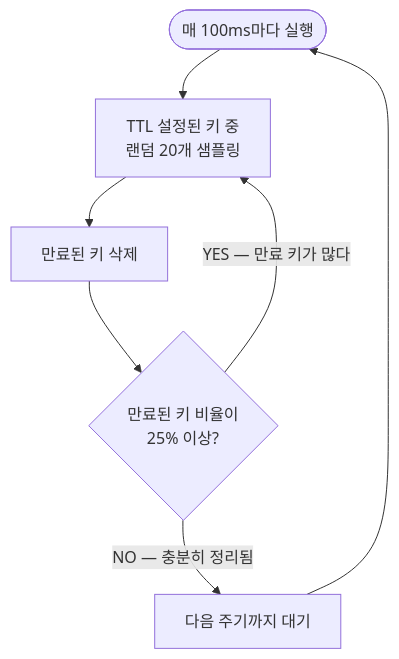
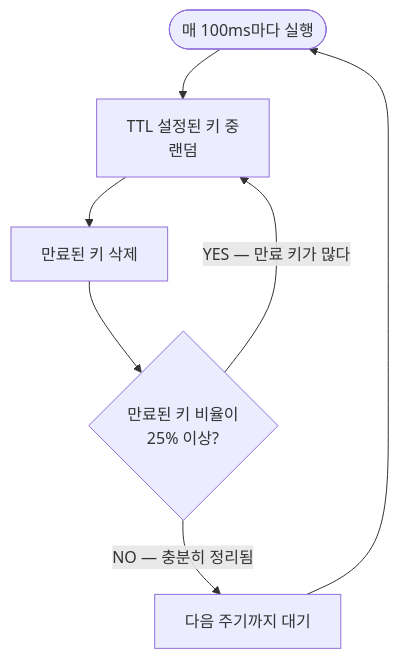
The second of 3 diagrams in _posts/redis/2026-05-01-redis-ttl.md (yjkim2015/yjkim2015.github.io), drawn with Mermaid before and after one commit. The commit also changed other lines of this file and 271 other files, not shown here.

First line of the commit message:
Mermaid 라벨 축소: 긴 노드 텍스트 18자 이하로 트림 + \n 제거

````diff
--- a/_posts/redis/2026-05-01-redis-ttl.md
+++ b/_posts/redis/2026-05-01-redis-ttl.md
@@ -71,9 +71,9 @@
 ```mermaid
 graph TD
-    START(["매 100ms마다 실행"]) --> SAMPLE["TTL 설정된 키 중<br>랜덤 20개 샘플링"]
+    START(["매 100ms마다 실행"]) --> SAMPLE["TTL 설정된 키 중<br>랜덤"]
     SAMPLE --> DELETE["만료된 키 삭제"]
     DELETE --> CHECK{"만료된 키 비율이<br>25% 이상?"}
     CHECK -->|"YES — 만료 키가 많다"| SAMPLE
     CHECK -->|"NO — 충분히 정리됨"| WAIT["다음 주기까지 대기"]
     WAIT --> START
 ```
````
